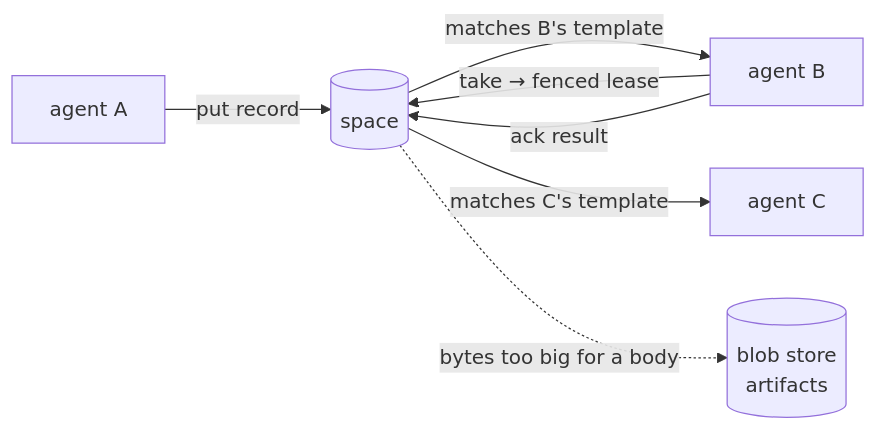
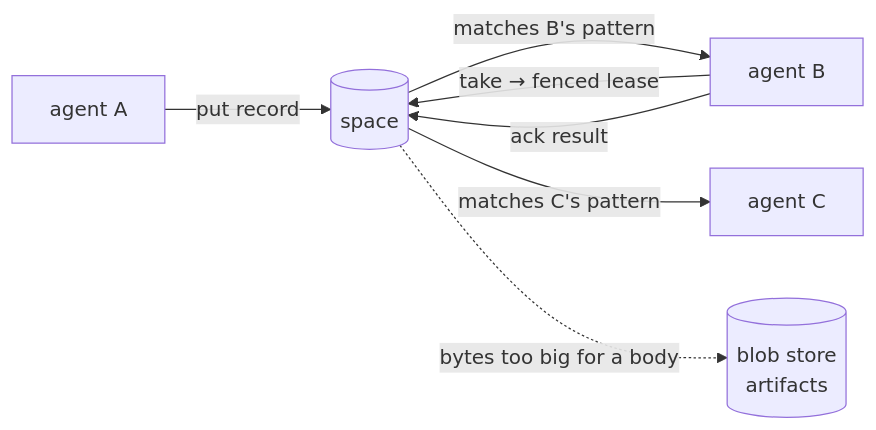
One commit to wistrand/radia changed the diagram in README.md. Above: the diagram before and after it, drawn with Mermaid. The commit also changed other lines of this file and 82 other files, not shown here.

````diff
--- a/README.md
+++ b/README.md
@@ -30,9 +30,9 @@
 ```mermaid
 flowchart LR
     A[agent A] -->|put record| S[(space)]
-    S -->|matches B's template| B[agent B]
+    S -->|matches B's pattern| B[agent B]
     B -->|take → fenced lease| S
     B -->|ack result| S
-    S -->|matches C's template| C[agent C]
+    S -->|matches C's pattern| C[agent C]
     S -.->|bytes too big for a body| BL[(blob store<br/>artifacts)]
 ```
````
